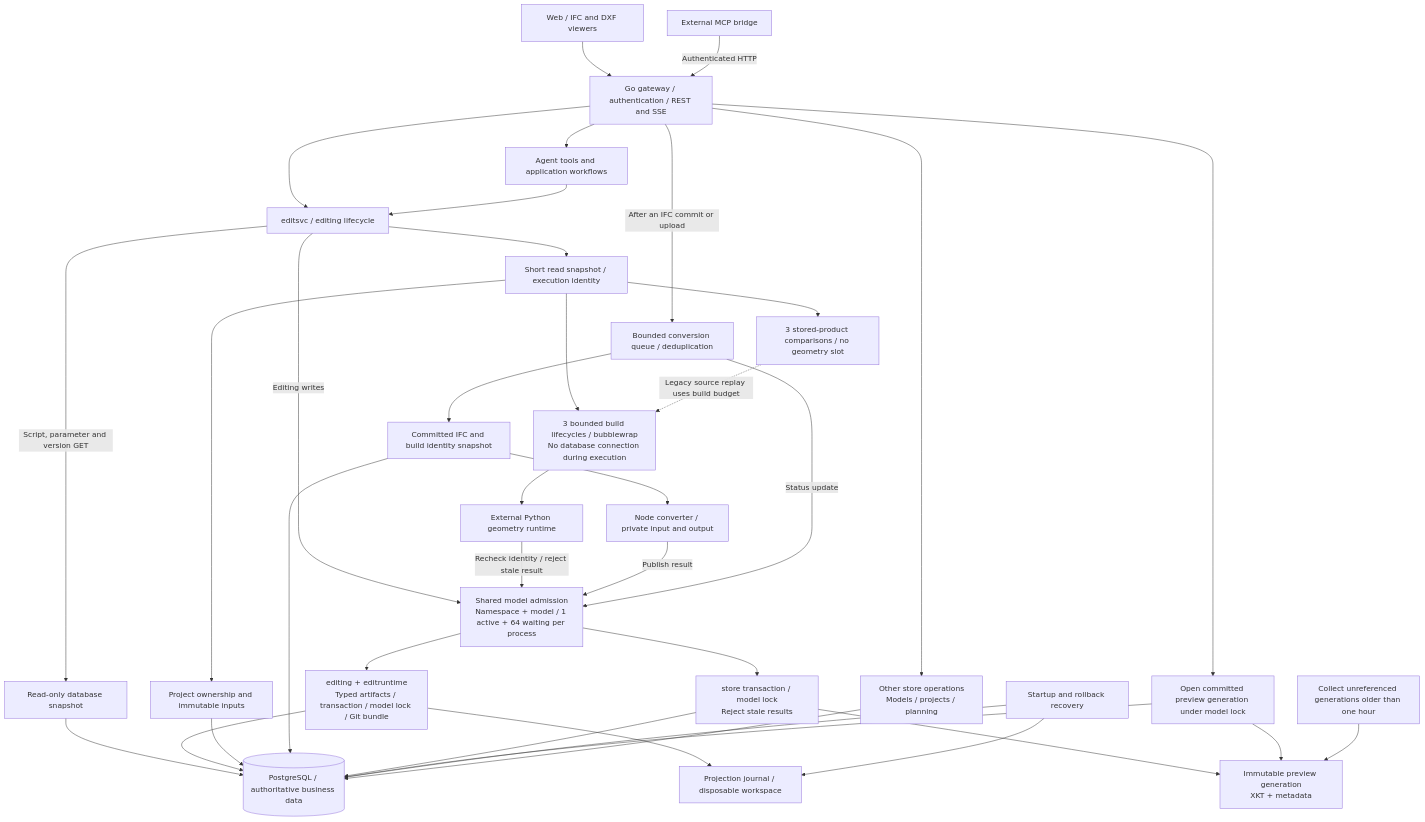
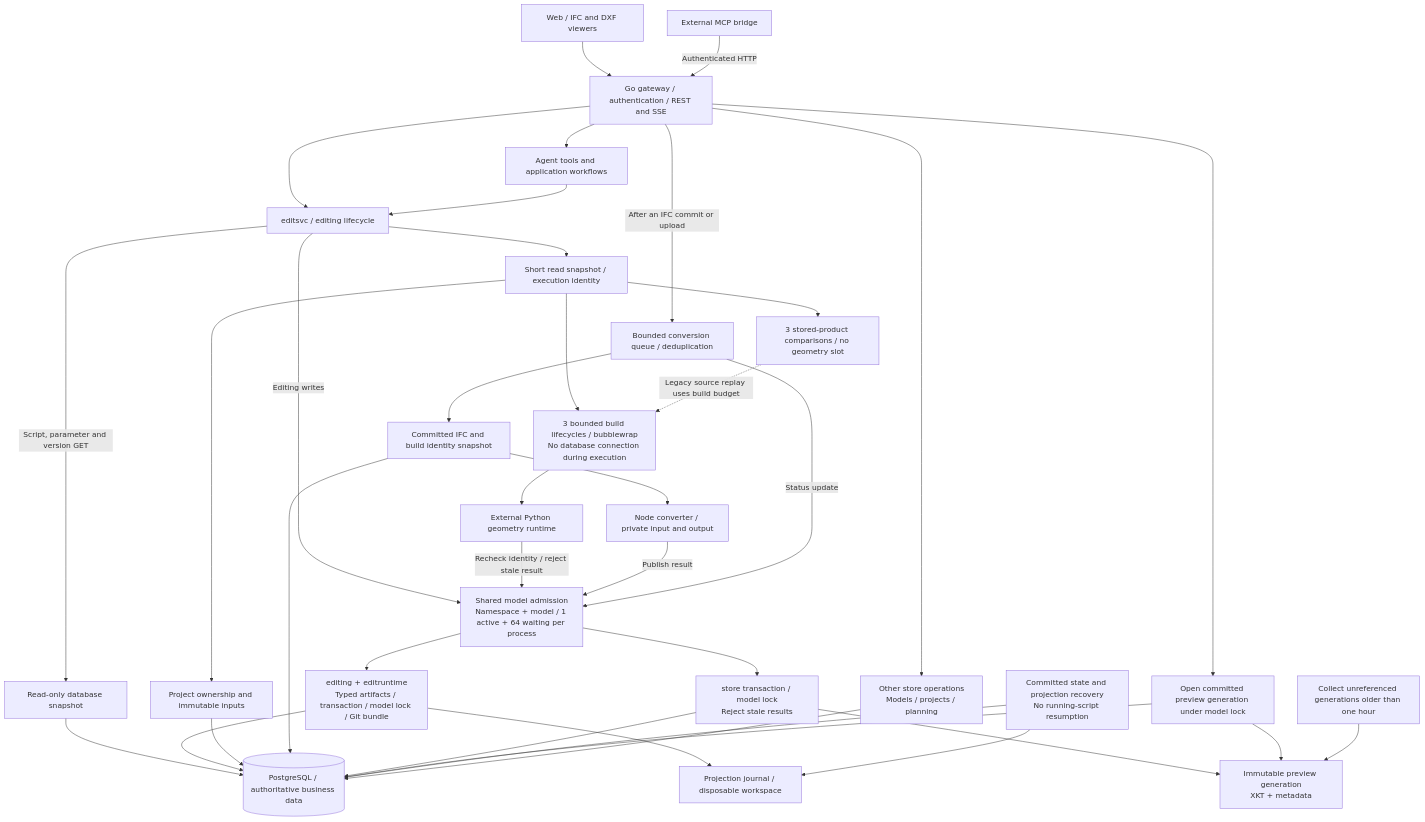
Before and after one commit to 0702hjj/SourceAEC: the first of 2 diagrams in README.md, drawn with Mermaid. The commit also changed 9 other files, not shown here.

````diff
--- a/README.md
+++ b/README.md
@@ -28,39 +28,39 @@
 ```mermaid
 flowchart TB
     WEB[Web / IFC and DXF viewers] --> API[Go gateway / authentication / REST and SSE]
     MCP[External MCP bridge] -->|Authenticated HTTP| API
     API --> AGENT[Agent tools and application workflows]
     API --> EDIT[editsvc / editing lifecycle]
     AGENT --> EDIT
     EDIT -->|Script, parameter and version GET| READ[Read-only database snapshot]
     READ --> PG[(PostgreSQL / authoritative business data)]
     EDIT -->|Editing writes| GATE[Shared model admission<br/>Namespace + model / 1 active + 64 waiting per process]
     GATE --> WRITE[editing + editruntime<br/>Typed artifacts / transaction / model lock / Git bundle]
     WRITE --> PG
     EDIT --> PREP[Short read snapshot / execution identity]
     PREP --> INPUT[Project ownership and immutable inputs]
     INPUT --> PG
     PREP --> SANDBOX[3 bounded build lifecycles / bubblewrap<br/>No database connection during execution]
     PREP --> COMPARE[3 stored-product comparisons / no geometry slot]
     COMPARE -.->|Legacy source replay uses build budget| SANDBOX
     SANDBOX --> PY[External Python geometry runtime]
     PY -->|Recheck identity / reject stale result| GATE
     WRITE --> JOURNAL[Projection journal / disposable workspace]
     API -->|After an IFC commit or upload| QUEUE[Bounded conversion queue / deduplication]
     QUEUE --> SOURCE[Committed IFC and build identity snapshot]
     SOURCE --> PG
     SOURCE --> NODE[Node converter / private input and output]
     NODE -->|Publish result| GATE
     QUEUE -->|Status update| GATE
     GATE --> DERIVED[store transaction / model lock<br/>Reject stale results]
     DERIVED --> PG
     DERIVED --> CACHE[Immutable preview generation<br/>XKT + metadata]
     API --> VIEW[Open committed preview generation under model lock]
     VIEW --> PG
     VIEW --> CACHE
     GC[Collect unreferenced generations older than one hour] --> CACHE
-    RECOVER[Startup and rollback recovery] --> PG
+    RECOVER[Committed state and projection recovery<br/>No running-script resumption] --> PG
     RECOVER --> JOURNAL
     API --> OTHER[Other store operations<br/>Models / projects / planning]
     OTHER --> PG
 ```
````
